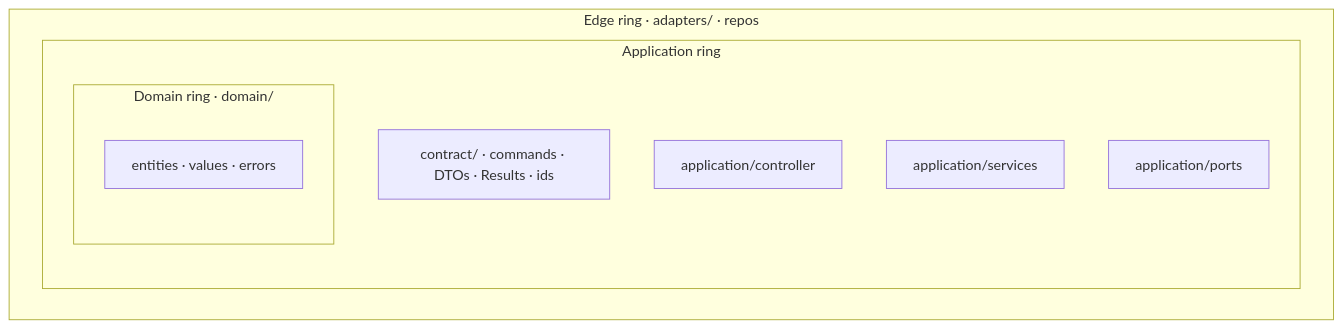
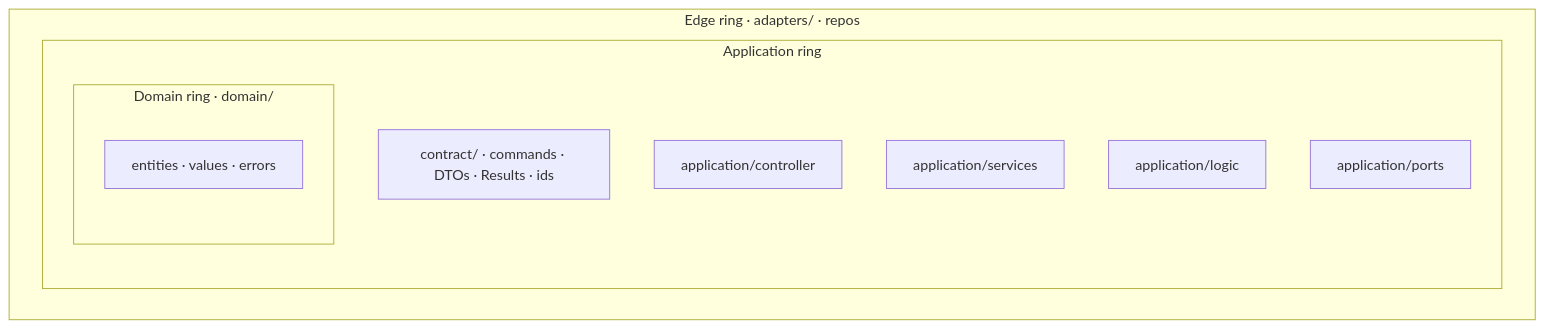
Before and after one commit to paulomtts/xarch: the second of 4 diagrams in docs/web/architecture.md, drawn with Mermaid. The commit also changed other lines of this file and 21 other files, not shown here.

First line of the commit message:
Give pure logic a place: kernel/logic and application/logic

````diff
--- a/docs/web/architecture.md
+++ b/docs/web/architecture.md
@@ -115,14 +119,15 @@
 ```mermaid
 flowchart TB
   subgraph adp["Edge ring · adapters/ · repos"]
     subgraph app["Application ring"]
       pub["contract/ · commands · DTOs · Results · ids"]
       ctrl["application/controller"]
       svc["application/services"]
+      logic["application/logic"]
       ports["application/ports"]
       subgraph core["Domain ring · domain/"]
         dom["entities · values · errors"]
       end
     end
   end
 ```
````
